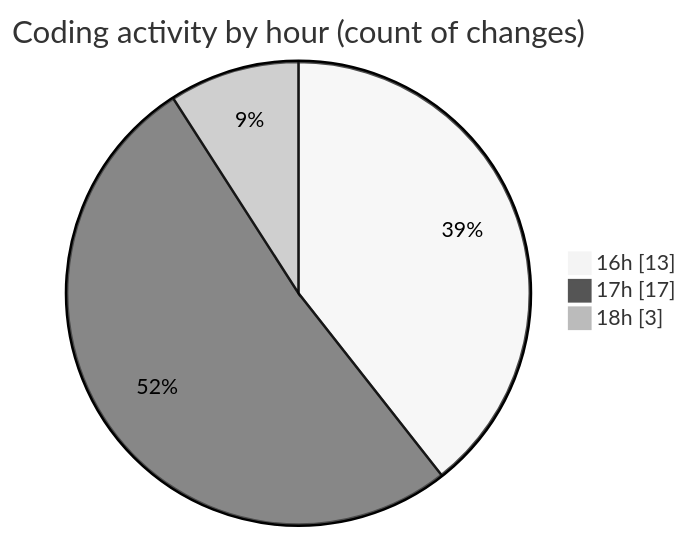
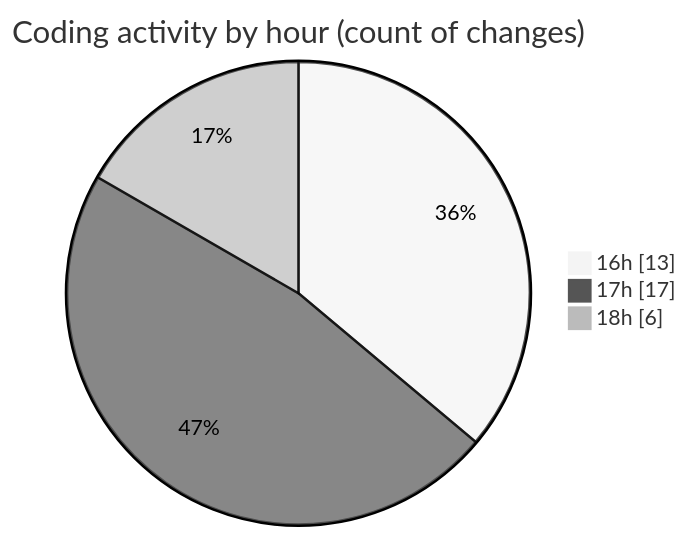
The second of 2 diagrams in 2025-05-28/studio-backend/README.md (idhammustaqopulfikri/code-tracking), drawn with Mermaid (neutral theme) before and after one commit. The commit also changed other lines of this file and 1 other file, not shown here.

````diff
--- a/2025-05-28/studio-backend/README.md
+++ b/2025-05-28/studio-backend/README.md
@@ -43,7 +44,7 @@
 ```mermaid
 pie showData
 title Coding activity by hour (count of changes)
 "16h" : 13
 "17h" : 17
-"18h" : 3
+"18h" : 6
 ```
````
